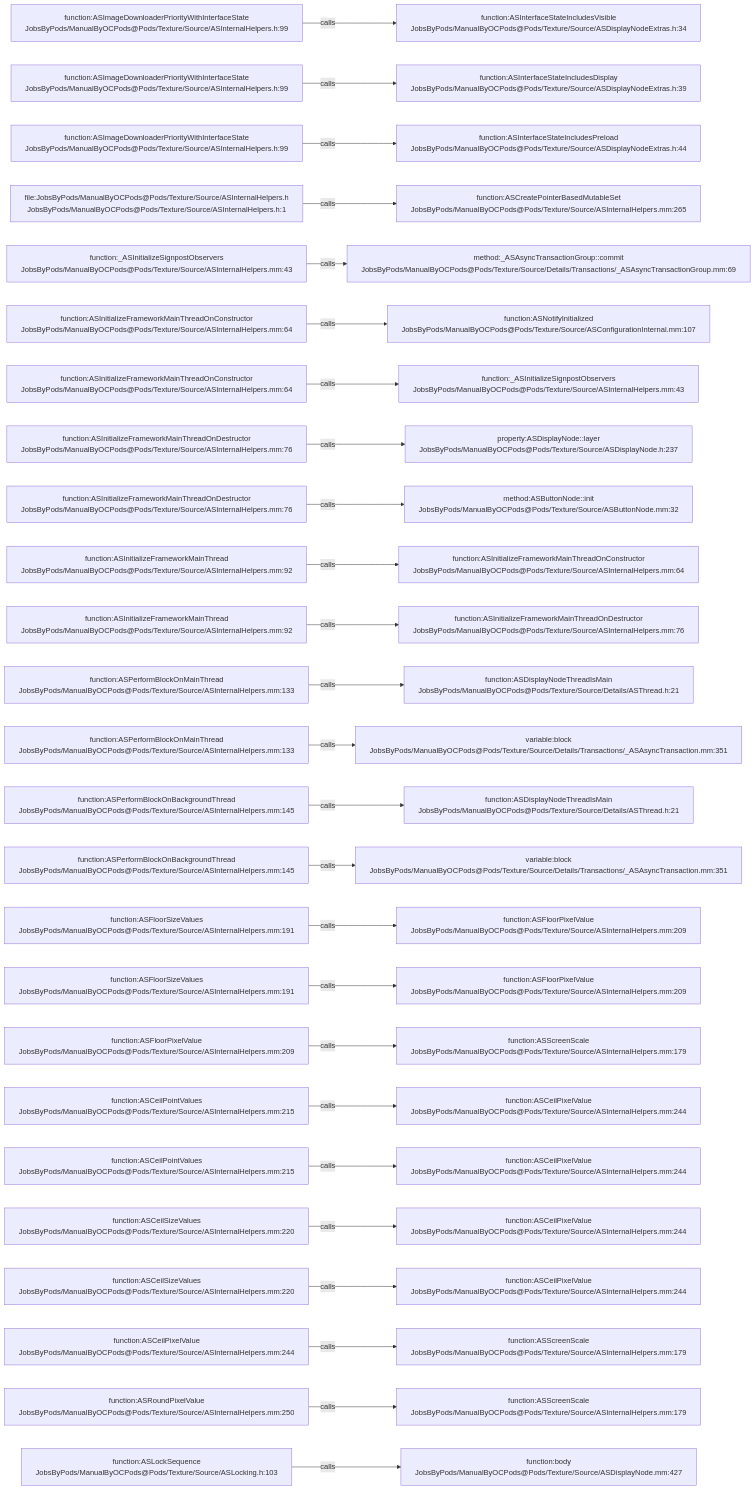
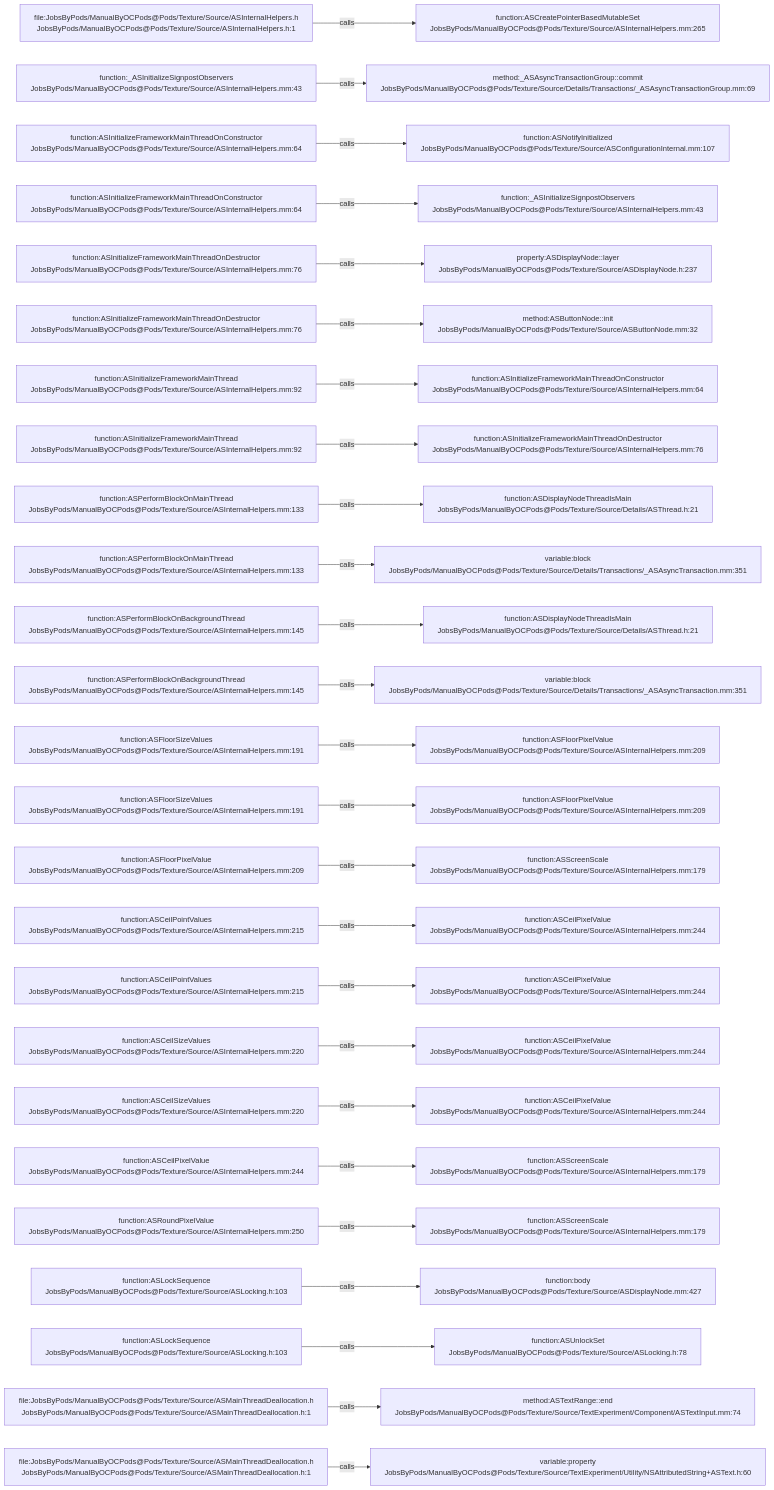
Before and after one commit to JobsKits/JobsOCBaseConfigDemo: the diagram in .codegraph/codegraph.md/graphs/calls-113.md, drawn with Mermaid. The commit also changed 342 other files, not shown here.

````diff
--- a/.codegraph/codegraph.md/graphs/calls-113.md
+++ b/.codegraph/codegraph.md/graphs/calls-113.md
@@ -13,78 +13,78 @@
 ```mermaid
 flowchart LR
-  S1["function:ASImageDownloaderPriorityWithInterfaceState<br/>JobsByPods/ManualByOCPods@Pods/Texture/Source/ASInternalHelpers.h:99"]
-  T1["function:ASInterfaceStateIncludesVisible<br/>JobsByPods/ManualByOCPods@Pods/Texture/Source/ASDisplayNodeExtras.h:34"]
+  S1["file:JobsByPods/ManualByOCPods@Pods/Texture/Source/ASInternalHelpers.h<br/>JobsByPods/ManualByOCPods@Pods/Texture/Source/ASInternalHelpers.h:1"]
+  T1["function:ASCreatePointerBasedMutableSet<br/>JobsByPods/ManualByOCPods@Pods/Texture/Source/ASInternalHelpers.mm:265"]
   S1 -->|calls| T1
-  S2["function:ASImageDownloaderPriorityWithInterfaceState<br/>JobsByPods/ManualByOCPods@Pods/Texture/Source/ASInternalHelpers.h:99"]
-  T2["function:ASInterfaceStateIncludesDisplay<br/>JobsByPods/ManualByOCPods@Pods/Texture/Source/ASDisplayNodeExtras.h:39"]
+  S2["function:_ASInitializeSignpostObservers<br/>JobsByPods/ManualByOCPods@Pods/Texture/Source/ASInternalHelpers.mm:43"]
+  T2["method:_ASAsyncTransactionGroup::commit<br/>JobsByPods/ManualByOCPods@Pods/Texture/Source/Details/Transactions/_ASAsyncTransactionGroup.mm:69"]
   S2 -->|calls| T2
-  S3["function:ASImageDownloaderPriorityWithInterfaceState<br/>JobsByPods/ManualByOCPods@Pods/Texture/Source/ASInternalHelpers.h:99"]
-  T3["function:ASInterfaceStateIncludesPreload<br/>JobsByPods/ManualByOCPods@Pods/Texture/Source/ASDisplayNodeExtras.h:44"]
+  S3["function:ASInitializeFrameworkMainThreadOnConstructor<br/>JobsByPods/ManualByOCPods@Pods/Texture/Source/ASInternalHelpers.mm:64"]
+  T3["function:ASNotifyInitialized<br/>JobsByPods/ManualByOCPods@Pods/Texture/Source/ASConfigurationInternal.mm:107"]
   S3 -->|calls| T3
-  S4["file:JobsByPods/ManualByOCPods@Pods/Texture/Source/ASInternalHelpers.h<br/>JobsByPods/ManualByOCPods@Pods/Texture/Source/ASInternalHelpers.h:1"]
-  T4["function:ASCreatePointerBasedMutableSet<br/>JobsByPods/ManualByOCPods@Pods/Texture/Source/ASInternalHelpers.mm:265"]
+  S4["function:ASInitializeFrameworkMainThreadOnConstructor<br/>JobsByPods/ManualByOCPods@Pods/Texture/Source/ASInternalHelpers.mm:64"]
+  T4["function:_ASInitializeSignpostObservers<br/>JobsByPods/ManualByOCPods@Pods/Texture/Source/ASInternalHelpers.mm:43"]
   S4 -->|calls| T4
-  S5["function:_ASInitializeSignpostObservers<br/>JobsByPods/ManualByOCPods@Pods/Texture/Source/ASInternalHelpers.mm:43"]
-  T5["method:_ASAsyncTransactionGroup::commit<br/>JobsByPods/ManualByOCPods@Pods/Texture/Source/Details/Transactions/_ASAsyncTransactionGroup.mm:69"]
+  S5["function:ASInitializeFrameworkMainThreadOnDestructor<br/>JobsByPods/ManualByOCPods@Pods/Texture/Source/ASInternalHelpers.mm:76"]
+  T5["property:ASDisplayNode::layer<br/>JobsByPods/ManualByOCPods@Pods/Texture/Source/ASDisplayNode.h:237"]
   S5 -->|calls| T5
-  S6["function:ASInitializeFrameworkMainThreadOnConstructor<br/>JobsByPods/ManualByOCPods@Pods/Texture/Source/ASInternalHelpers.mm:64"]
-  T6["function:ASNotifyInitialized<br/>JobsByPods/ManualByOCPods@Pods/Texture/Source/ASConfigurationInternal.mm:107"]
+  S6["function:ASInitializeFrameworkMainThreadOnDestructor<br/>JobsByPods/ManualByOCPods@Pods/Texture/Source/ASInternalHelpers.mm:76"]
+  T6["method:ASButtonNode::init<br/>JobsByPods/ManualByOCPods@Pods/Texture/Source/ASButtonNode.mm:32"]
   S6 -->|calls| T6
-  S7["function:ASInitializeFrameworkMainThreadOnConstructor<br/>JobsByPods/ManualByOCPods@Pods/Texture/Source/ASInternalHelpers.mm:64"]
-  T7["function:_ASInitializeSignpostObservers<br/>JobsByPods/ManualByOCPods@Pods/Texture/Source/ASInternalHelpers.mm:43"]
+  S7["function:ASInitializeFrameworkMainThread<br/>JobsByPods/ManualByOCPods@Pods/Texture/Source/ASInternalHelpers.mm:92"]
+  T7["function:ASInitializeFrameworkMainThreadOnConstructor<br/>JobsByPods/ManualByOCPods@Pods/Texture/Source/ASInternalHelpers.mm:64"]
   S7 -->|calls| T7
-  S8["function:ASInitializeFrameworkMainThreadOnDestructor<br/>JobsByPods/ManualByOCPods@Pods/Texture/Source/ASInternalHelpers.mm:76"]
-  T8["property:ASDisplayNode::layer<br/>JobsByPods/ManualByOCPods@Pods/Texture/Source/ASDisplayNode.h:237"]
+  S8["function:ASInitializeFrameworkMainThread<br/>JobsByPods/ManualByOCPods@Pods/Texture/Source/ASInternalHelpers.mm:92"]
+  T8["function:ASInitializeFrameworkMainThreadOnDestructor<br/>JobsByPods/ManualByOCPods@Pods/Texture/Source/ASInternalHelpers.mm:76"]
   S8 -->|calls| T8
-  S9["function:ASInitializeFrameworkMainThreadOnDestructor<br/>JobsByPods/ManualByOCPods@Pods/Texture/Source/ASInternalHelpers.mm:76"]
-  T9["method:ASButtonNode::init<br/>JobsByPods/ManualByOCPods@Pods/Texture/Source/ASButtonNode.mm:32"]
+  S9["function:ASPerformBlockOnMainThread<br/>JobsByPods/ManualByOCPods@Pods/Texture/Source/ASInternalHelpers.mm:133"]
+  T9["function:ASDisplayNodeThreadIsMain<br/>JobsByPods/ManualByOCPods@Pods/Texture/Source/Details/ASThread.h:21"]
   S9 -->|calls| T9
-  S10["function:ASInitializeFrameworkMainThread<br/>JobsByPods/ManualByOCPods@Pods/Texture/Source/ASInternalHelpers.mm:92"]
-  T10["function:ASInitializeFrameworkMainThreadOnConstructor<br/>JobsByPods/ManualByOCPods@Pods/Texture/Source/ASInternalHelpers.mm:64"]
+  S10["function:ASPerformBlockOnMainThread<br/>JobsByPods/ManualByOCPods@Pods/Texture/Source/ASInternalHelpers.mm:133"]
+  T10["variable:block<br/>JobsByPods/ManualByOCPods@Pods/Texture/Source/Details/Transactions/_ASAsyncTransaction.mm:351"]
   S10 -->|calls| T10
-  S11["function:ASInitializeFrameworkMainThread<br/>JobsByPods/ManualByOCPods@Pods/Texture/Source/ASInternalHelpers.mm:92"]
-  T11["function:ASInitializeFrameworkMainThreadOnDestructor<br/>JobsByPods/ManualByOCPods@Pods/Texture/Source/ASInternalHelpers.mm:76"]
+  S11["function:ASPerformBlockOnBackgroundThread<br/>JobsByPods/ManualByOCPods@Pods/Texture/Source/ASInternalHelpers.mm:145"]
+  T11["function:ASDisplayNodeThreadIsMain<br/>JobsByPods/ManualByOCPods@Pods/Texture/Source/Details/ASThread.h:21"]
   S11 -->|calls| T11
-  S12["function:ASPerformBlockOnMainThread<br/>JobsByPods/ManualByOCPods@Pods/Texture/Source/ASInternalHelpers.mm:133"]
-  T12["function:ASDisplayNodeThreadIsMain<br/>JobsByPods/ManualByOCPods@Pods/Texture/Source/Details/ASThread.h:21"]
+  S12["function:ASPerformBlockOnBackgroundThread<br/>JobsByPods/ManualByOCPods@Pods/Texture/Source/ASInternalHelpers.mm:145"]
+  T12["variable:block<br/>JobsByPods/ManualByOCPods@Pods/Texture/Source/Details/Transactions/_ASAsyncTransaction.mm:351"]
   S12 -->|calls| T12
-  S13["function:ASPerformBlockOnMainThread<br/>JobsByPods/ManualByOCPods@Pods/Texture/Source/ASInternalHelpers.mm:133"]
-  T13["variable:block<br/>JobsByPods/ManualByOCPods@Pods/Texture/Source/Details/Transactions/_ASAsyncTransaction.mm:351"]
+  S13["function:ASFloorSizeValues<br/>JobsByPods/ManualByOCPods@Pods/Texture/Source/ASInternalHelpers.mm:191"]
+  T13["function:ASFloorPixelValue<br/>JobsByPods/ManualByOCPods@Pods/Texture/Source/ASInternalHelpers.mm:209"]
   S13 -->|calls| T13
-  S14["function:ASPerformBlockOnBackgroundThread<br/>JobsByPods/ManualByOCPods@Pods/Texture/Source/ASInternalHelpers.mm:145"]
-  T14["function:ASDisplayNodeThreadIsMain<br/>JobsByPods/ManualByOCPods@Pods/Texture/Source/Details/ASThread.h:21"]
+  S14["function:ASFloorSizeValues<br/>JobsByPods/ManualByOCPods@Pods/Texture/Source/ASInternalHelpers.mm:191"]
+  T14["function:ASFloorPixelValue<br/>JobsByPods/ManualByOCPods@Pods/Texture/Source/ASInternalHelpers.mm:209"]
   S14 -->|calls| T14
-  S15["function:ASPerformBlockOnBackgroundThread<br/>JobsByPods/ManualByOCPods@Pods/Texture/Source/ASInternalHelpers.mm:145"]
-  T15["variable:block<br/>JobsByPods/ManualByOCPods@Pods/Texture/Source/Details/Transactions/_ASAsyncTransaction.mm:351"]
+  S15["function:ASFloorPixelValue<br/>JobsByPods/ManualByOCPods@Pods/Texture/Source/ASInternalHelpers.mm:209"]
+  T15["function:ASScreenScale<br/>JobsByPods/ManualByOCPods@Pods/Texture/Source/ASInternalHelpers.mm:179"]
   S15 -->|calls| T15
-  S16["function:ASFloorSizeValues<br/>JobsByPods/ManualByOCPods@Pods/Texture/Source/ASInternalHelpers.mm:191"]
-  T16["function:ASFloorPixelValue<br/>JobsByPods/ManualByOCPods@Pods/Texture/Source/ASInternalHelpers.mm:209"]
+  S16["function:ASCeilPointValues<br/>JobsByPods/ManualByOCPods@Pods/Texture/Source/ASInternalHelpers.mm:215"]
+  T16["function:ASCeilPixelValue<br/>JobsByPods/ManualByOCPods@Pods/Texture/Source/ASInternalHelpers.mm:244"]
   S16 -->|calls| T16
-  S17["function:ASFloorSizeValues<br/>JobsByPods/ManualByOCPods@Pods/Texture/Source/ASInternalHelpers.mm:191"]
-  T17["function:ASFloorPixelValue<br/>JobsByPods/ManualByOCPods@Pods/Texture/Source/ASInternalHelpers.mm:209"]
+  S17["function:ASCeilPointValues<br/>JobsByPods/ManualByOCPods@Pods/Texture/Source/ASInternalHelpers.mm:215"]
+  T17["function:ASCeilPixelValue<br/>JobsByPods/ManualByOCPods@Pods/Texture/Source/ASInternalHelpers.mm:244"]
   S17 -->|calls| T17
-  S18["function:ASFloorPixelValue<br/>JobsByPods/ManualByOCPods@Pods/Texture/Source/ASInternalHelpers.mm:209"]
-  T18["function:ASScreenScale<br/>JobsByPods/ManualByOCPods@Pods/Texture/Source/ASInternalHelpers.mm:179"]
+  S18["function:ASCeilSizeValues<br/>JobsByPods/ManualByOCPods@Pods/Texture/Source/ASInternalHelpers.mm:220"]
+  T18["function:ASCeilPixelValue<br/>JobsByPods/ManualByOCPods@Pods/Texture/Source/ASInternalHelpers.mm:244"]
   S18 -->|calls| T18
-  S19["function:ASCeilPointValues<br/>JobsByPods/ManualByOCPods@Pods/Texture/Source/ASInternalHelpers.mm:215"]
+  S19["function:ASCeilSizeValues<br/>JobsByPods/ManualByOCPods@Pods/Texture/Source/ASInternalHelpers.mm:220"]
   T19["function:ASCeilPixelValue<br/>JobsByPods/ManualByOCPods@Pods/Texture/Source/ASInternalHelpers.mm:244"]
   S19 -->|calls| T19
-  S20["function:ASCeilPointValues<br/>JobsByPods/ManualByOCPods@Pods/Texture/Source/ASInternalHelpers.mm:215"]
-  T20["function:ASCeilPixelValue<br/>JobsByPods/ManualByOCPods@Pods/Texture/Source/ASInternalHelpers.mm:244"]
+  S20["function:ASCeilPixelValue<br/>JobsByPods/ManualByOCPods@Pods/Texture/Source/ASInternalHelpers.mm:244"]
+  T20["function:ASScreenScale<br/>JobsByPods/ManualByOCPods@Pods/Texture/Source/ASInternalHelpers.mm:179"]
   S20 -->|calls| T20
-  S21["function:ASCeilSizeValues<br/>JobsByPods/ManualByOCPods@Pods/Texture/Source/ASInternalHelpers.mm:220"]
-  T21["function:ASCeilPixelValue<br/>JobsByPods/ManualByOCPods@Pods/Texture/Source/ASInternalHelpers.mm:244"]
+  S21["function:ASRoundPixelValue<br/>JobsByPods/ManualByOCPods@Pods/Texture/Source/ASInternalHelpers.mm:250"]
+  T21["function:ASScreenScale<br/>JobsByPods/ManualByOCPods@Pods/Texture/Source/ASInternalHelpers.mm:179"]
   S21 -->|calls| T21
-  S22["function:ASCeilSizeValues<br/>JobsByPods/ManualByOCPods@Pods/Texture/Source/ASInternalHelpers.mm:220"]
-  T22["function:ASCeilPixelValue<br/>JobsByPods/ManualByOCPods@Pods/Texture/Source/ASInternalHelpers.mm:244"]
+  S22["function:ASLockSequence<br/>JobsByPods/ManualByOCPods@Pods/Texture/Source/ASLocking.h:103"]
+  T22["function:body<br/>JobsByPods/ManualByOCPods@Pods/Texture/Source/ASDisplayNode.mm:427"]
   S22 -->|calls| T22
-  S23["function:ASCeilPixelValue<br/>JobsByPods/ManualByOCPods@Pods/Texture/Source/ASInternalHelpers.mm:244"]
-  T23["function:ASScreenScale<br/>JobsByPods/ManualByOCPods@Pods/Texture/Source/ASInternalHelpers.mm:179"]
+  S23["function:ASLockSequence<br/>JobsByPods/ManualByOCPods@Pods/Texture/Source/ASLocking.h:103"]
+  T23["function:ASUnlockSet<br/>JobsByPods/ManualByOCPods@Pods/Texture/Source/ASLocking.h:78"]
   S23 -->|calls| T23
-  S24["function:ASRoundPixelValue<br/>JobsByPods/ManualByOCPods@Pods/Texture/Source/ASInternalHelpers.mm:250"]
-  T24["function:ASScreenScale<br/>JobsByPods/ManualByOCPods@Pods/Texture/Source/ASInternalHelpers.mm:179"]
+  S24["file:JobsByPods/ManualByOCPods@Pods/Texture/Source/ASMainThreadDeallocation.h<br/>JobsByPods/ManualByOCPods@Pods/Texture/Source/ASMainThreadDeallocation.h:1"]
+  T24["method:ASTextRange::end<br/>JobsByPods/ManualByOCPods@Pods/Texture/Source/TextExperiment/Component/ASTextInput.mm:74"]
   S24 -->|calls| T24
-  S25["function:ASLockSequence<br/>JobsByPods/ManualByOCPods@Pods/Texture/Source/ASLocking.h:103"]
-  T25["function:body<br/>JobsByPods/ManualByOCPods@Pods/Texture/Source/ASDisplayNode.mm:427"]
+  S25["file:JobsByPods/ManualByOCPods@Pods/Texture/Source/ASMainThreadDeallocation.h<br/>JobsByPods/ManualByOCPods@Pods/Texture/Source/ASMainThreadDeallocation.h:1"]
+  T25["variable:property<br/>JobsByPods/ManualByOCPods@Pods/Texture/Source/TextExperiment/Utility/NSAttributedString+ASText.h:60"]
   S25 -->|calls| T25
 ```
````
